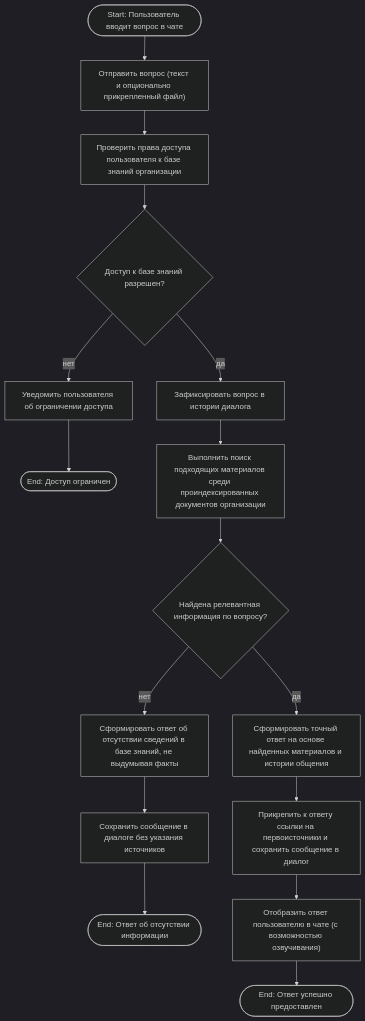
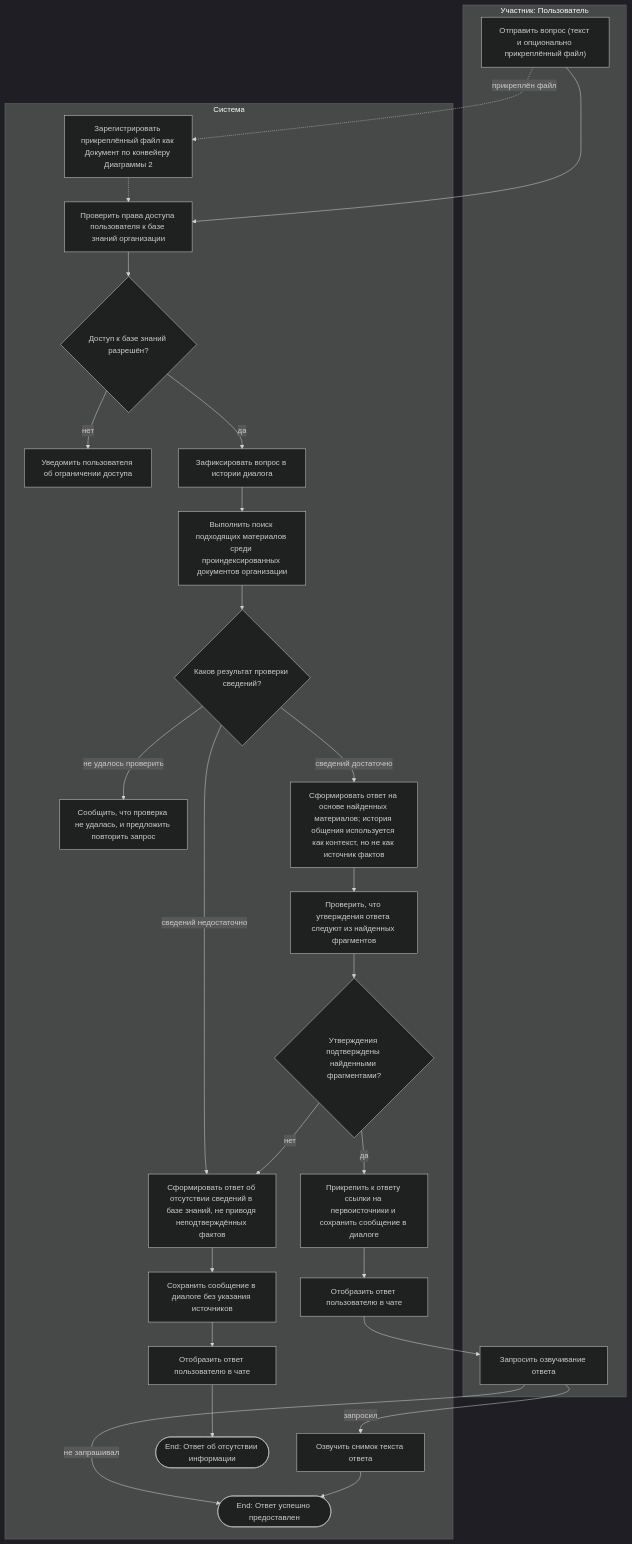
Before and after one commit to adsfryt/AI-chat-knowledge-bot: the first of 3 diagrams in 1-task/3/README.md, drawn with Mermaid (dark theme). The commit also changed other lines of this file, not shown here.

First line of the commit message:
Задание 3: устранены технические детали и логические разрывы в диаграммах деятельности

````diff
--- a/1-task/3/README.md
+++ b/1-task/3/README.md
@@ -24,18 +62,53 @@
 ```mermaid
 flowchart TD
-    S(["Start: Пользователь вводит вопрос в чате"]) --> A1["Отправить вопрос (текст и опционально прикрепленный файл)"]
-    A1 --> B1["Проверить права доступа пользователя к базе знаний организации"]
-    B1 --> D1{"Доступ к базе знаний разрешен?"}
-    D1 -->|нет| E_NO_AUTH["Уведомить пользователя об ограничении доступа"]
-    E_NO_AUTH --> E1(["End: Доступ ограничен"])
-    D1 -->|да| B2["Зафиксировать вопрос в истории диалога"]
-    B2 --> R1["Выполнить поиск подходящих материалов среди проиндексированных документов организации"]
-    R1 --> D2{"Найдена релевантная информация по вопросу?"}
-    D2 -->|нет| B3["Сформировать ответ об отсутствии сведений в базе знаний, не выдумывая факты"]
-    B3 --> B4["Сохранить сообщение в диалоге без указания источников"]
-    B4 --> E2(["End: Ответ об отсутствии информации"])
-    D2 -->|да| B5["Сформировать точный ответ на основе найденных материалов и истории общения"]
-    B5 --> B6["Прикрепить к ответу ссылки на первоисточники и сохранить сообщение в диалог"]
-    B6 --> A2["Отобразить ответ пользователю в чате (с возможностью озвучивания)"]
-    A2 --> E3(["End: Ответ успешно предоставлен"])
+    S(["Start: Пользователь вводит вопрос в чате"])
+    subgraph U ["Участник: Пользователь"]
+        A1["Отправить вопрос (текст и опционально прикреплённый файл)"]
+        A2["Запросить озвучивание ответа"]
+    end
+    subgraph S ["Система"]
+        B1["Проверить права доступа пользователя к базе знаний организации"]
+        D1{"Доступ к базе знаний разрешён?"}
+        E_NO_AUTH["Уведомить пользователя об ограничении доступа"]
+        B2["Зафиксировать вопрос в истории диалога"]
+        B3["Зарегистрировать прикреплённый файл как Документ по конвейеру Диаграммы 2"]
+        R1["Выполнить поиск подходящих материалов среди проиндексированных документов организации"]
+        D2{"Каков результат проверки сведений?"}
+        E_FAIL["Сообщить, что проверка не удалась, и предложить повторить запрос"]
+        B4["Сформировать ответ об отсутствии сведений в базе знаний, не приводя неподтверждённых фактов"]
+        B5["Сохранить сообщение в диалоге без указания источников"]
+        B6["Сформировать ответ на основе найденных материалов; история общения используется как контекст, но не как источник фактов"]
+        B7["Проверить, что утверждения ответа следуют из найденных фрагментов"]
+        D3{"Утверждения подтверждены найденными фрагментами?"}
+        B8["Прикрепить к ответу ссылки на первоисточники и сохранить сообщение в диалоге"]
+        B9["Отобразить ответ пользователю в чате"]
+        B10["Отобразить ответ пользователю в чате"]
+        A3["Озвучить снимок текста ответа"]
+        E_NO_INFO(["End: Ответ об отсутствии информации"])
+        E_OK(["End: Ответ успешно предоставлен"])
+    end
+
+    A1 --> B1
+    B1 --> D1
+    D1 -->|нет| E_NO_AUTH
+    D1 -->|да| B2
+    B2 --> R1
+    R1 --> D2
+    D2 -->|не удалось проверить| E_FAIL
+    D2 -->|сведений недостаточно| B4
+    D2 -->|сведений достаточно| B6
+    B4 --> B5
+    B5 --> B10
+    B10 --> E_NO_INFO
+    B6 --> B7
+    B7 --> D3
+    D3 -->|нет| B4
+    D3 -->|да| B8
+    B8 --> B9
+    B9 --> A2
+    A2 -->|запросил| A3
+    A2 -->|не запрашивал| E_OK
+    A3 --> E_OK
+    A1 -.->|прикреплён файл| B3
+    B3 -.-> B1
 ```
````
